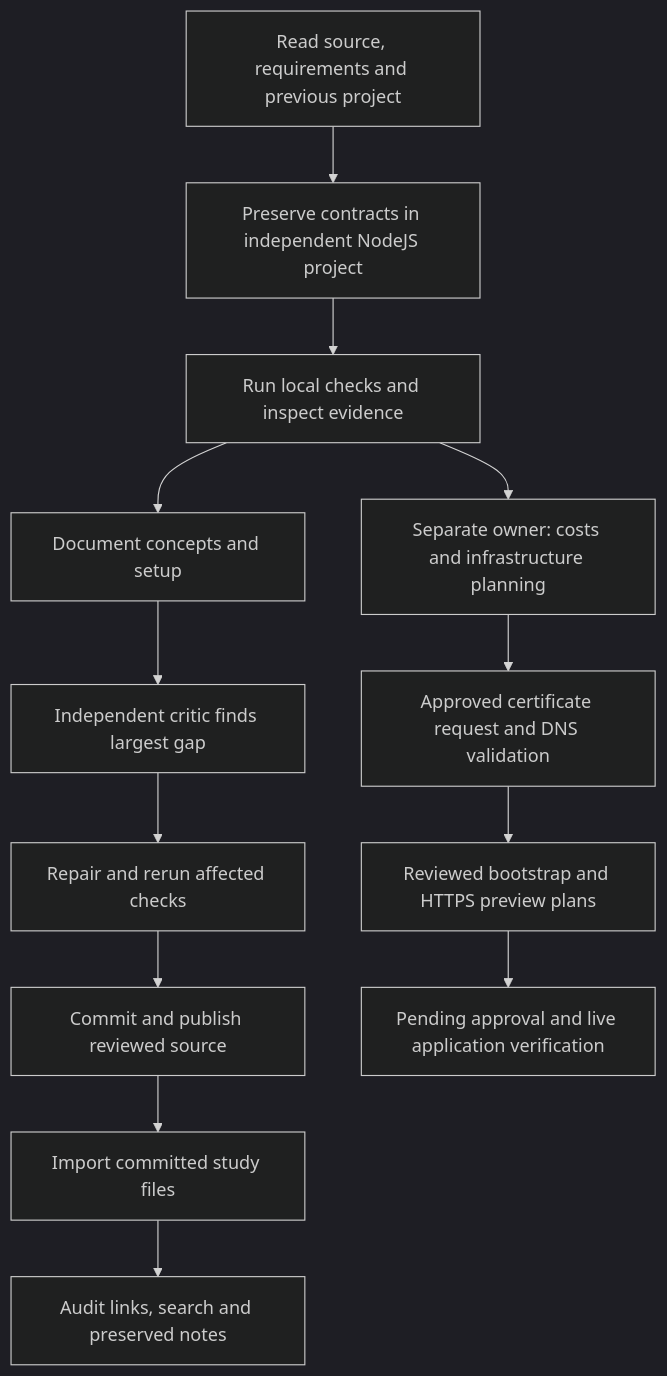
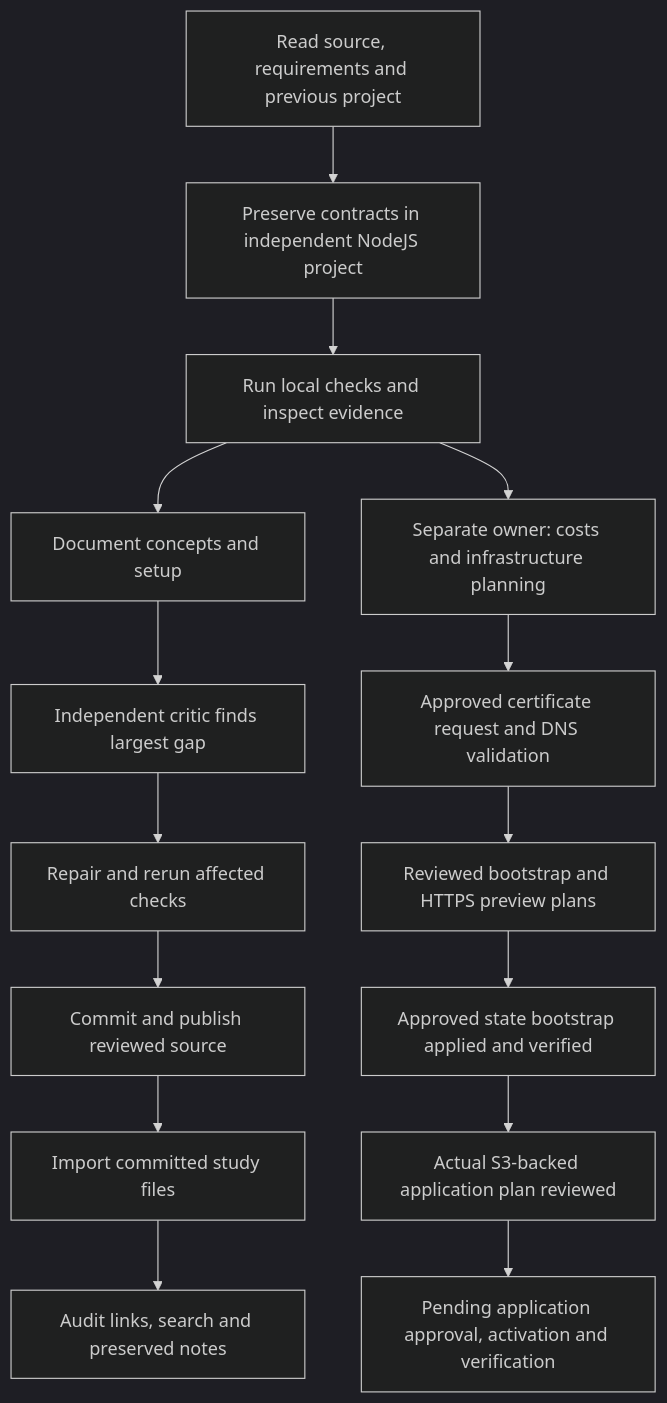
The diagram in docs/nodejs-aws-study-path/walkthroughs/README.md (robertovalencia/linked-in-node-and-aws), drawn with Mermaid (dark theme) before and after one commit. The commit also changed other lines of this file and 14 other files, not shown here.

Commit message:
docs: record actual AWS execution and pending teardown decisions

````diff
--- a/docs/nodejs-aws-study-path/walkthroughs/README.md
+++ b/docs/nodejs-aws-study-path/walkthroughs/README.md
@@ -24,15 +26,17 @@
 ```mermaid
 flowchart TD
     A[Read source, requirements and previous project] --> B[Preserve contracts in independent NodeJS project]
     B --> C[Run local checks and inspect evidence]
     C --> D[Document concepts and setup]
     D --> E[Independent critic finds largest gap]
     E --> F[Repair and rerun affected checks]
     F --> G[Commit and publish reviewed source]
     G --> H[Import committed study files]
     H --> I[Audit links, search and preserved notes]
     C --> J[Separate owner: costs and infrastructure planning]
     J --> K[Approved certificate request and DNS validation]
     K --> L[Reviewed bootstrap and HTTPS preview plans]
-    L --> M[Pending approval and live application verification]
+    L --> M[Approved state bootstrap applied and verified]
+    M --> N[Actual S3-backed application plan reviewed]
+    N --> O[Pending application approval, activation and verification]
 ```
````
